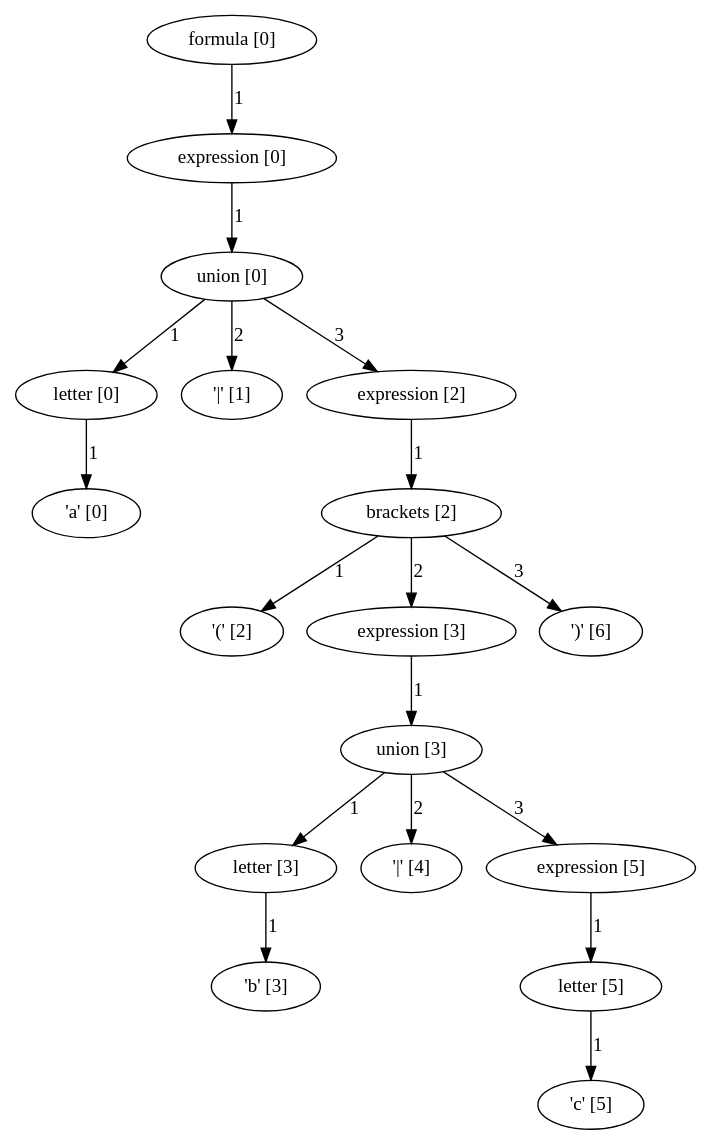
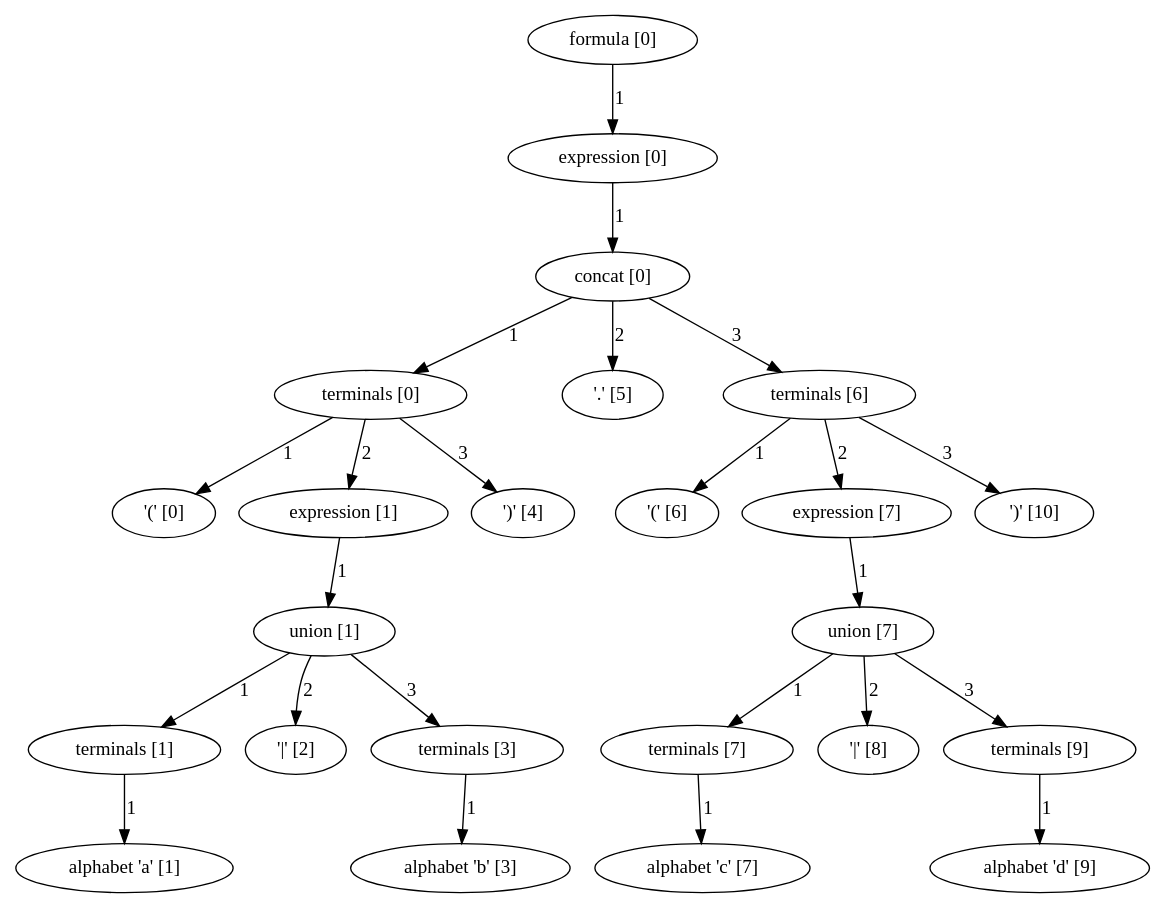
Before and after one commit to yipsimon/DocumentSpanners_MSc: the diagram in formula_parse_tree.dot, drawn with Graphviz. The commit also changed 7 other files, not shown here.

```diff
--- a/formula_parse_tree.dot
+++ b/formula_parse_tree.dot
@@ -1,54 +1,72 @@
 digraph arpeggio_graph {
-140510282209616 [label="formula [0]"];
-140510282209616->140510282208176 [label="1"]
+140064326989008 [label="formula [0]"];
+140064326989008->140064326988864 [label="1"]
 
-140510282208176 [label="expression [0]"];
-140510282208176->140510282209472 [label="1"]
+140064326988864 [label="expression [0]"];
+140064326988864->140064326988720 [label="1"]
 
-140510282209472 [label="union [0]"];
-140510282209472->140510282208320 [label="1"]
+140064326988720 [label="concat [0]"];
+140064326988720->140064326987856 [label="1"]
 
-140510282208320 [label="letter [0]"];
-140510282208320->140510281912024 [label="1"]
+140064326987856 [label="terminals [0]"];
+140064326987856->140064326893152 [label="1"]
 
-140510281912024 [label=" 'a' [0]"];
-140510282209472->140510281912144 [label="2"]
+140064326893152 [label=" '(' [0]"];
+140064326987856->140064346889680 [label="2"]
 
-140510281912144 [label=" '|' [1]"];
-140510282209472->140510282209328 [label="3"]
+140064346889680 [label="expression [1]"];
+140064346889680->140064346890112 [label="1"]
 
-140510282209328 [label="expression [2]"];
-140510282209328->140510282209184 [label="1"]
+140064346890112 [label="union [1]"];
+140064346890112->140064346889824 [label="1"]
 
-140510282209184 [label="brackets [2]"];
-140510282209184->140510277255248 [label="1"]
+140064346889824 [label="terminals [1]"];
+140064346889824->140064326974472 [label="1"]
 
-140510277255248 [label=" '(' [2]"];
-140510282209184->140510282208464 [label="2"]
+140064326974472 [label="alphabet 'a' [1]"];
+140064346890112->140064326974592 [label="2"]
 
-140510282208464 [label="expression [3]"];
-140510282208464->140510282209040 [label="1"]
+140064326974592 [label=" '|' [2]"];
+140064346890112->140064346889968 [label="3"]
 
-140510282209040 [label="union [3]"];
-140510282209040->140510282208608 [label="1"]
+140064346889968 [label="terminals [3]"];
+140064346889968->140064326974712 [label="1"]
 
-140510282208608 [label="letter [3]"];
-140510282208608->140510277255488 [label="1"]
+140064326974712 [label="alphabet 'b' [3]"];
+140064326987856->140064326974352 [label="3"]
 
-140510277255488 [label=" 'b' [3]"];
-140510282209040->140510277255608 [label="2"]
+140064326974352 [label=" ')' [4]"];
+140064326988720->140064326974832 [label="2"]
 
-140510277255608 [label=" '|' [4]"];
-140510282209040->140510282208896 [label="3"]
+140064326974832 [label=" '.' [5]"];
+140064326988720->140064326988576 [label="3"]
 
-140510282208896 [label="expression [5]"];
-140510282208896->140510282208752 [label="1"]
+140064326988576 [label="terminals [6]"];
+140064326988576->140064326974952 [label="1"]
 
-140510282208752 [label="letter [5]"];
-140510282208752->140510277255728 [label="1"]
+140064326974952 [label=" '(' [6]"];
+140064326988576->140064326988000 [label="2"]
 
-140510277255728 [label=" 'c' [5]"];
-140510282209184->140510277255368 [label="3"]
+140064326988000 [label="expression [7]"];
+140064326988000->140064326988432 [label="1"]
 
-140510277255368 [label=" ')' [6]"];
+140064326988432 [label="union [7]"];
+140064326988432->140064326988144 [label="1"]
+
+140064326988144 [label="terminals [7]"];
+140064326988144->140064326975192 [label="1"]
+
+140064326975192 [label="alphabet 'c' [7]"];
+140064326988432->140064326975312 [label="2"]
+
+140064326975312 [label=" '|' [8]"];
+140064326988432->140064326988288 [label="3"]
+
+140064326988288 [label="terminals [9]"];
+140064326988288->140064326996048 [label="1"]
+
+140064326996048 [label="alphabet 'd' [9]"];
+140064326988576->140064326975072 [label="3"]
+
+140064326975072 [label=" ')' [10]"];
 }
```
